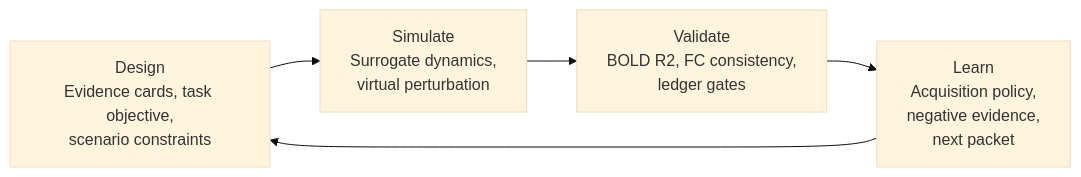
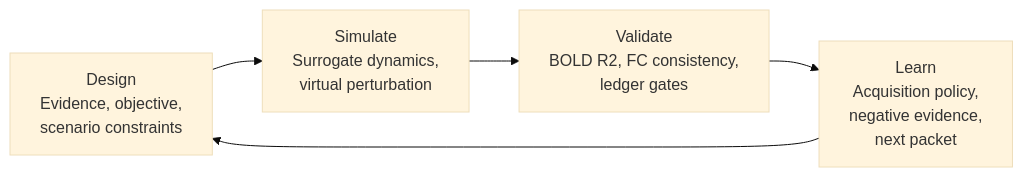
The diagram in README.md (Raphael-Camus/NeuroTwin), drawn with Mermaid (base theme) before and after one commit. The commit also changed other lines of this file and 52 other files, not shown here.

````diff
--- a/README.md
+++ b/README.md
@@ -15,7 +18,7 @@
 ```mermaid
 flowchart LR
-    A["Design\nEvidence cards, task objective,\nscenario constraints"] --> B["Simulate\nSurrogate dynamics,\nvirtual perturbation"]
+    A["Design\nEvidence, objective,\nscenario constraints"] --> B["Simulate\nSurrogate dynamics,\nvirtual perturbation"]
     B --> C["Validate\nBOLD R2, FC consistency,\nledger gates"]
     C --> D["Learn\nAcquisition policy,\nnegative evidence,\nnext packet"]
     D --> A
 ```
````
